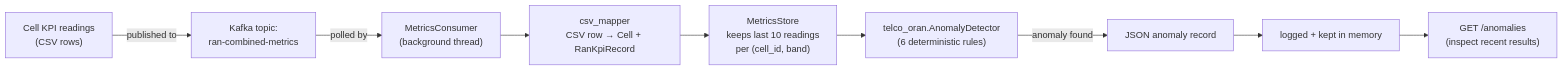
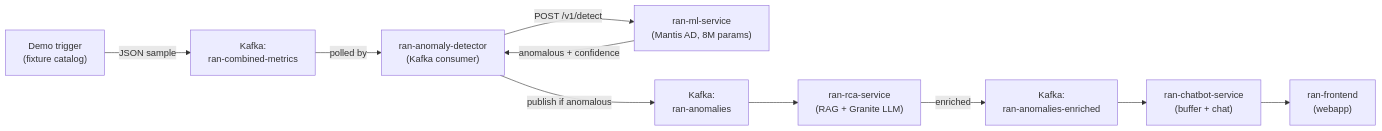
Before and after one commit to Alan0893/ai-driven-network-remediation: the second of 2 diagrams in docs/telco-oran-anomaly-detection.md, drawn with Mermaid. The commit also changed other lines of this file and 72 other files, not shown here.

First line of the commit message:
feat(ran-ml-service): Replace rule-based RAN detector with ML detect client and typeless schema (#161)

````diff
--- a/docs/telco-oran-anomaly-detection.md
+++ b/docs/telco-oran-anomaly-detection.md
@@ -110,11 +96,12 @@
 ```mermaid
 flowchart LR
-    A["Cell KPI readings\n(CSV rows)"] -->|"published to"| B["Kafka topic:\nran-combined-metrics"]
-    B -->|"polled by"| C["MetricsConsumer\n(background thread)"]
-    C --> D["csv_mapper\nCSV row → Cell + RanKpiRecord"]
-    D --> E["MetricsStore\nkeeps last 10 readings\nper (cell_id, band)"]
-    E --> F["telco_oran.AnomalyDetector\n(6 deterministic rules)"]
-    F -->|"anomaly found"| G["JSON anomaly record"]
-    G --> H["logged + kept in memory"]
-    H --> I["GET /anomalies\n(inspect recent results)"]
+    A["Demo trigger\n(fixture catalog)"] -->|"JSON sample"| B["Kafka:\nran-combined-metrics"]
+    B -->|"polled by"| C["ran-anomaly-detector\n(Kafka consumer)"]
+    C -->|"POST /v1/detect"| D["ran-ml-service\n(Mantis AD, 8M params)"]
+    D -->|"anomalous + confidence"| C
+    C -->|"publish if anomalous"| E["Kafka:\nran-anomalies"]
+    E --> F["ran-rca-service\n(RAG + Granite LLM)"]
+    F -->|"enriched"| G["Kafka:\nran-anomalies-enriched"]
+    G --> H["ran-chatbot-service\n(buffer + chat)"]
+    H --> I["ran-frontend\n(webapp)"]
 ```
````
